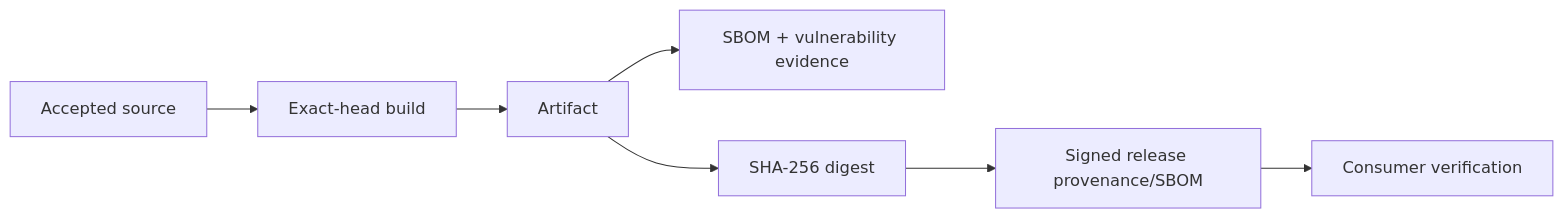
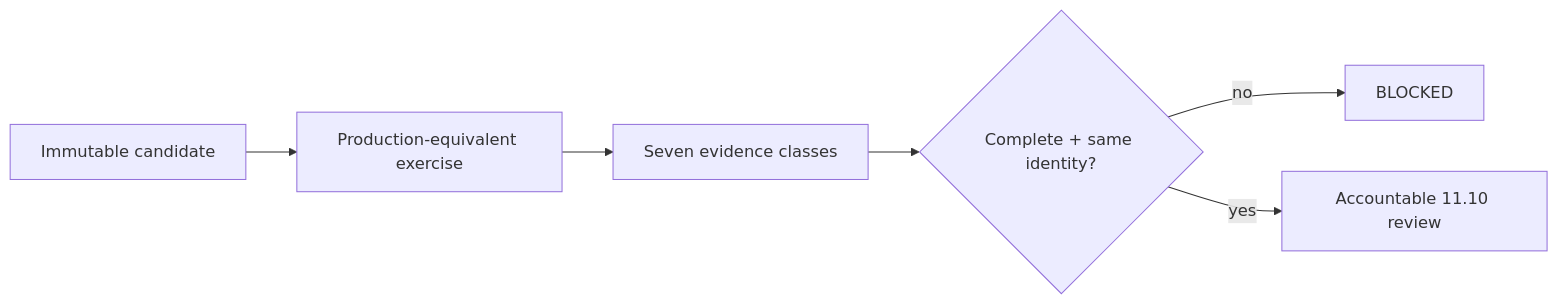
Before and after one commit to GJvManen/dtmo: the diagram in docs/project/PRODUCTION_READINESS_REPORT.md, drawn with Mermaid. The commit also changed other lines of this file, not shown here.

Commit message:
docs: update production readiness report for Phase 11.10

````diff
--- a/docs/project/PRODUCTION_READINESS_REPORT.md
+++ b/docs/project/PRODUCTION_READINESS_REPORT.md
@@ -37,9 +48,8 @@
 ```mermaid
 flowchart LR
-    S[Accepted source] --> B[Exact-head build]
-    B --> A[Artifact]
-    A --> E[SBOM + vulnerability evidence]
-    A --> H[SHA-256 digest]
-    H --> P[Signed release provenance/SBOM]
-    P --> V[Consumer verification]
+    I[Immutable candidate] --> V[Production-equivalent exercise]
+    V --> E[Seven evidence classes]
+    E --> C{Complete + same identity?}
+    C -->|no| B[BLOCKED]
+    C -->|yes| O[Accountable 11.10 review]
 ```
````
